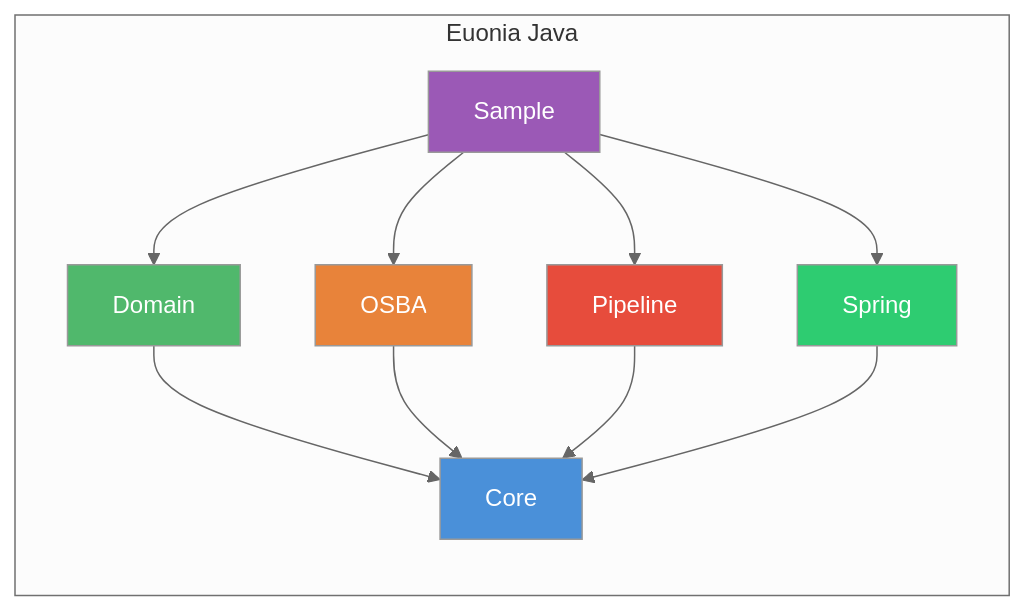
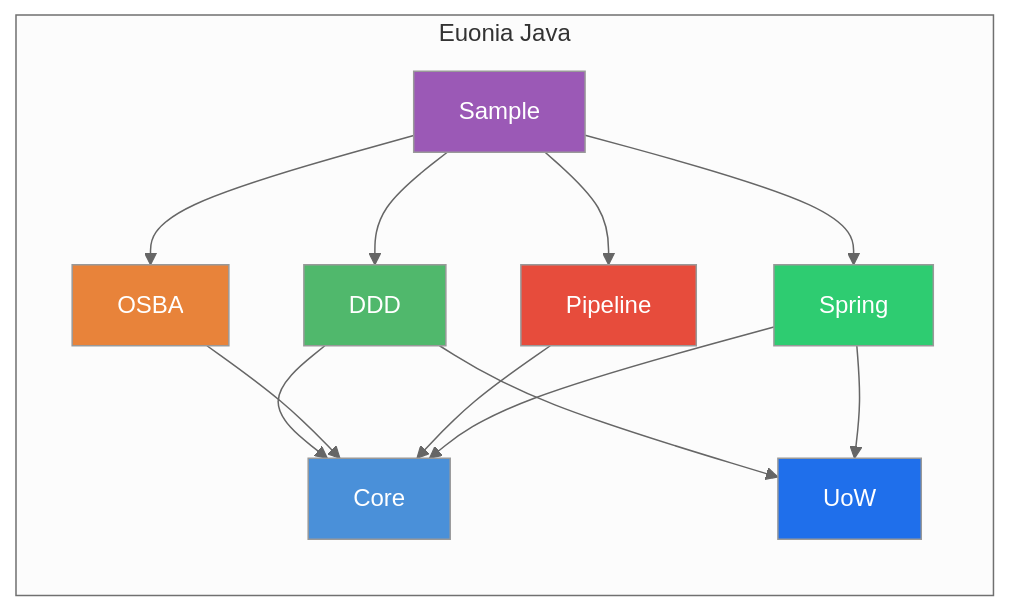
One commit to euonia-project/euonia-java changed the diagram in README.md. Above: the diagram before and after it, drawn with Mermaid (neutral theme). The commit also changed other lines of this file and 1 other file, not shown here.

````diff
--- a/README.md
+++ b/README.md
@@ -13,21 +13,24 @@
 ```mermaid
 graph TD
     subgraph "Euonia Java"
         direction TB
-        Domain --> Core
+        DDD --> Core
+        DDD --> UoW
         OSBA --> Core
         Pipeline --> Core
         Spring --> Core
-        Sample --> Domain
+        Spring --> UoW
+        Sample --> DDD
         Sample --> OSBA
         Sample --> Pipeline
         Sample --> Spring
     end
 
     style Core fill:#4A90D9,color:#fff
-    style Domain fill:#50B86C,color:#fff
+    style DDD fill:#50B86C,color:#fff
+    style UoW fill:#1F6FEB,color:#fff
     style OSBA fill:#E8833A,color:#fff
     style Pipeline fill:#E74C3C,color:#fff
     style Spring fill:#2ECC71,color:#fff
     style Sample fill:#9B59B6,color:#fff
 ```
````
